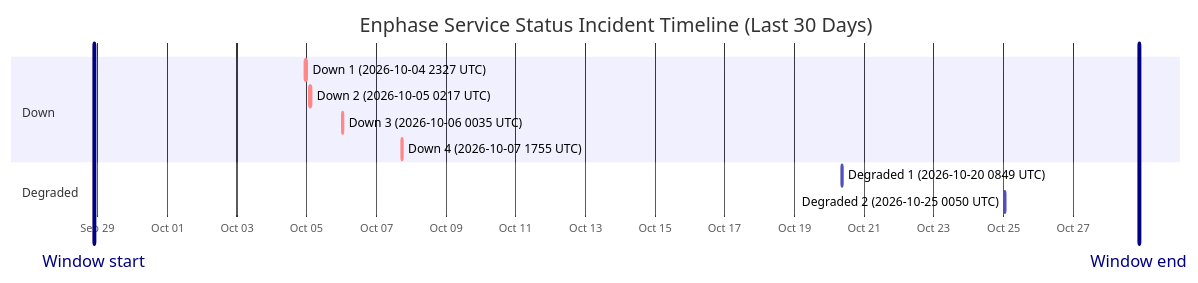
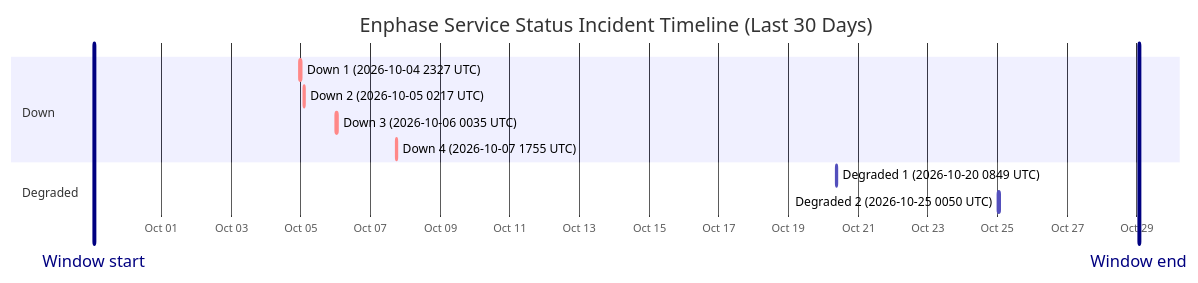
One commit to barneyonline/ha-enphase-energy changed the diagram in wiki/Service-Status-History.md. Above: the diagram before and after it, drawn with Mermaid. The commit also changed other lines of this file and 3 other files, not shown here.

````diff
--- a/wiki/Service-Status-History.md
+++ b/wiki/Service-Status-History.md
@@ -14,16 +14,16 @@
 ```mermaid
 gantt
     title Enphase Service Status Incident Timeline (Last 30 Days)
     dateFormat  YYYY-MM-DDTHH:mm:ss
     axisFormat  %b %d
-    Window start :vert, window-start, 2026-09-28T21:35:48, 0ms
-    Window end :vert, window-end, 2026-10-28T21:35:48, 0ms
+    Window start :vert, window-start, 2026-09-29T01:32:50, 0ms
+    Window end :vert, window-end, 2026-10-29T01:32:50, 0ms
     section Down
     Down 1 (2026-10-04 2327 UTC) :crit, down-1, 2026-10-04T23:27:34, 60m
     Down 2 (2026-10-05 0217 UTC) :crit, down-2, 2026-10-05T02:17:30, 60m
     Down 3 (2026-10-06 0035 UTC) :crit, down-3, 2026-10-06T00:35:21, 60m
     Down 4 (2026-10-07 1755 UTC) :crit, down-4, 2026-10-07T17:55:16, 60m
     section Degraded
     Degraded 1 (2026-10-20 0849 UTC) :active, degraded-1, 2026-10-20T08:49:49, 60m
     Degraded 2 (2026-10-25 0050 UTC) :active, degraded-2, 2026-10-25T00:50:01, 60m
 ```
````
